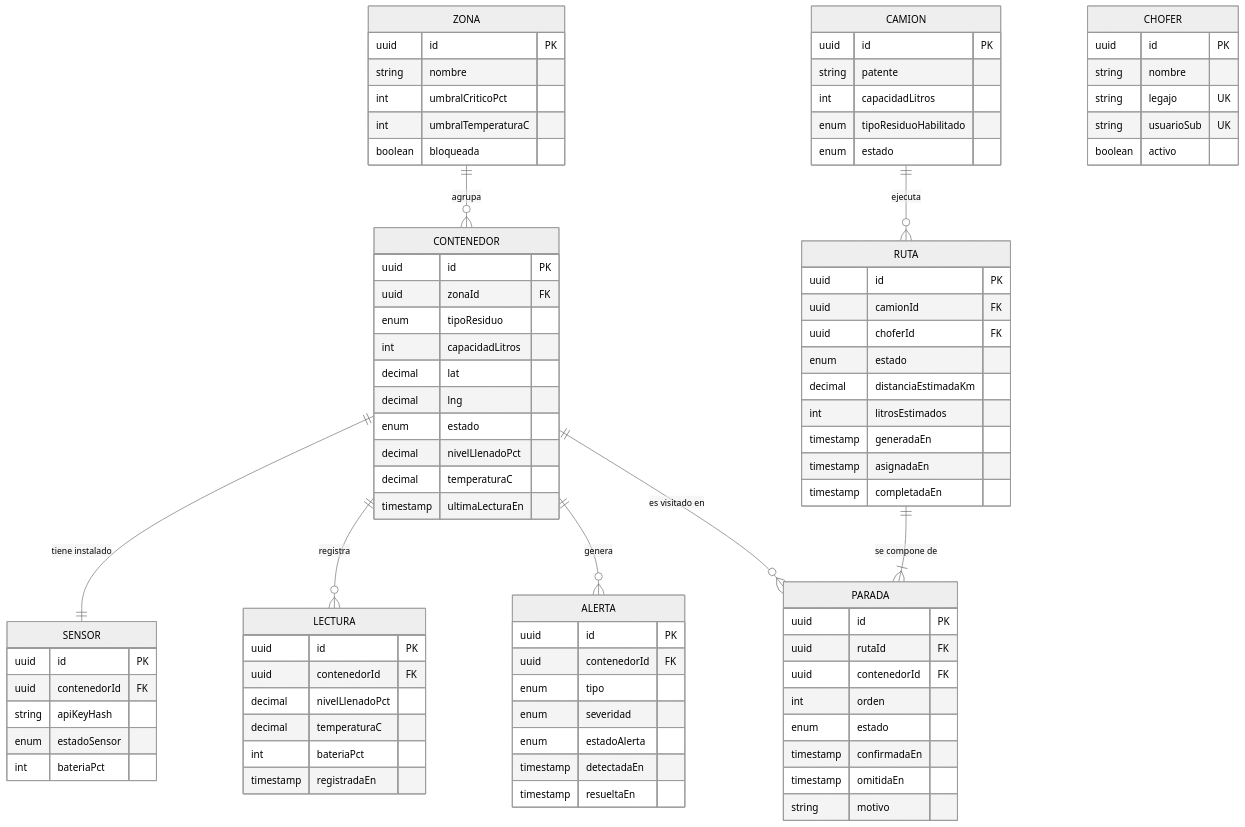
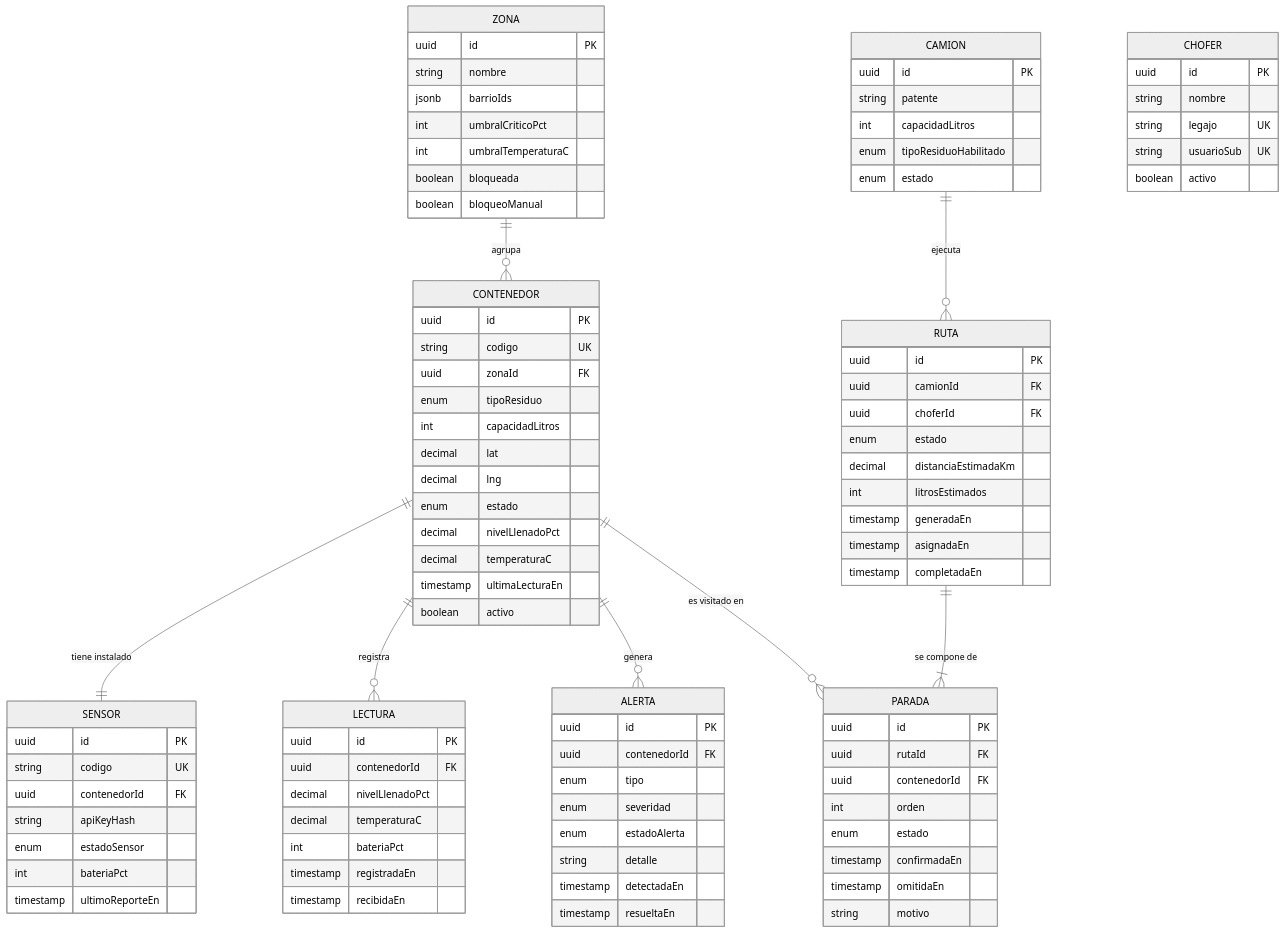
The first of 2 diagrams in docs/arquitectura/modelo-de-datos.md (ResiduosCityPass/citypass-residuos), drawn with Mermaid (neutral theme) before and after one commit. The commit also changed other lines of this file, not shown here.

Commit message:
docs(modelo): diagrama entidad-relación con las 24 tablas y enums al día

```diff
--- a/docs/arquitectura/modelo-de-datos.md
+++ b/docs/arquitectura/modelo-de-datos.md
@@ -17,12 +21,15 @@
     ZONA {
         uuid id PK
         string nombre
+        jsonb barrioIds
         int umbralCriticoPct
         int umbralTemperaturaC
         boolean bloqueada
+        boolean bloqueoManual
     }
     CONTENEDOR {
         uuid id PK
+        string codigo UK
         uuid zonaId FK
         enum tipoResiduo
         int capacidadLitros
@@ -32,13 +39,16 @@
         decimal nivelLlenadoPct
         decimal temperaturaC
         timestamp ultimaLecturaEn
+        boolean activo
     }
     SENSOR {
         uuid id PK
+        string codigo UK
         uuid contenedorId FK
         string apiKeyHash
         enum estadoSensor
         int bateriaPct
+        timestamp ultimoReporteEn
     }
     LECTURA {
         uuid id PK
@@ -47,6 +57,7 @@
         decimal temperaturaC
         int bateriaPct
         timestamp registradaEn
+        timestamp recibidaEn
     }
     ALERTA {
         uuid id PK
@@ -54,6 +65,7 @@
         enum tipo
         enum severidad
         enum estadoAlerta
+        string detalle
         timestamp detectadaEn
         timestamp resueltaEn
     }
```
